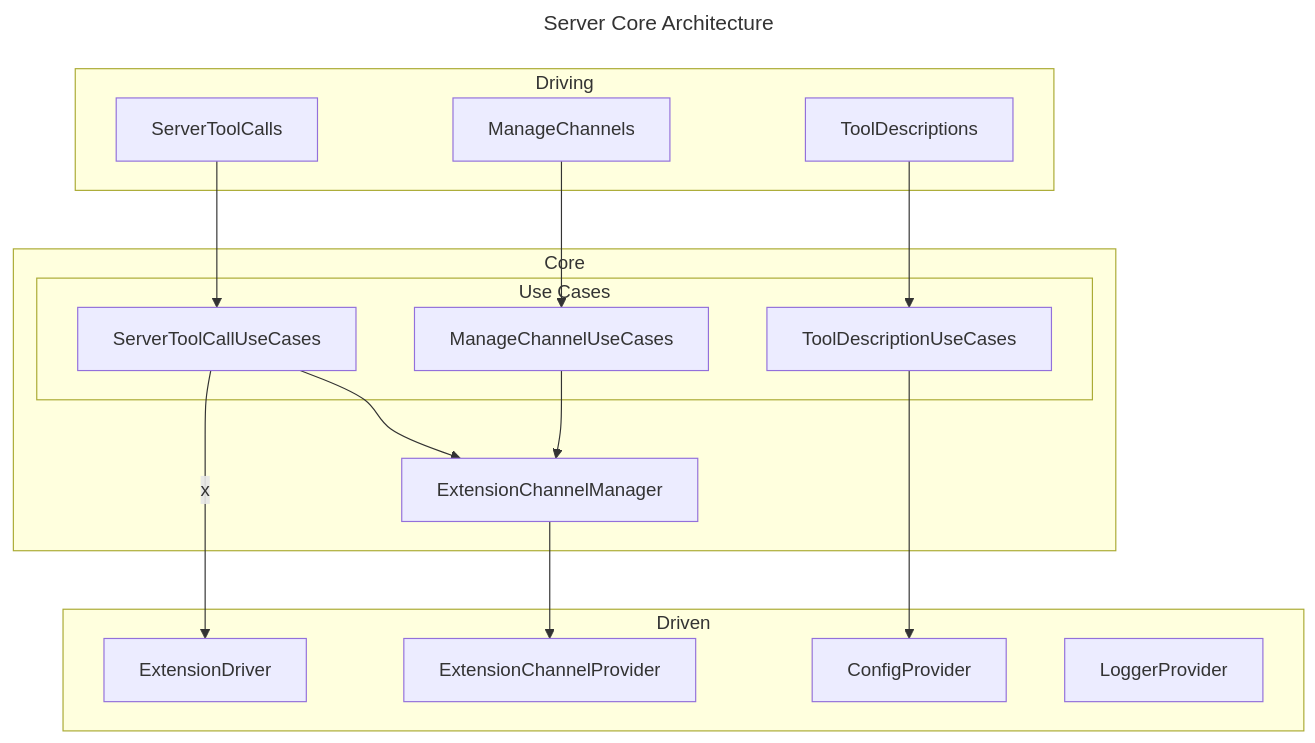
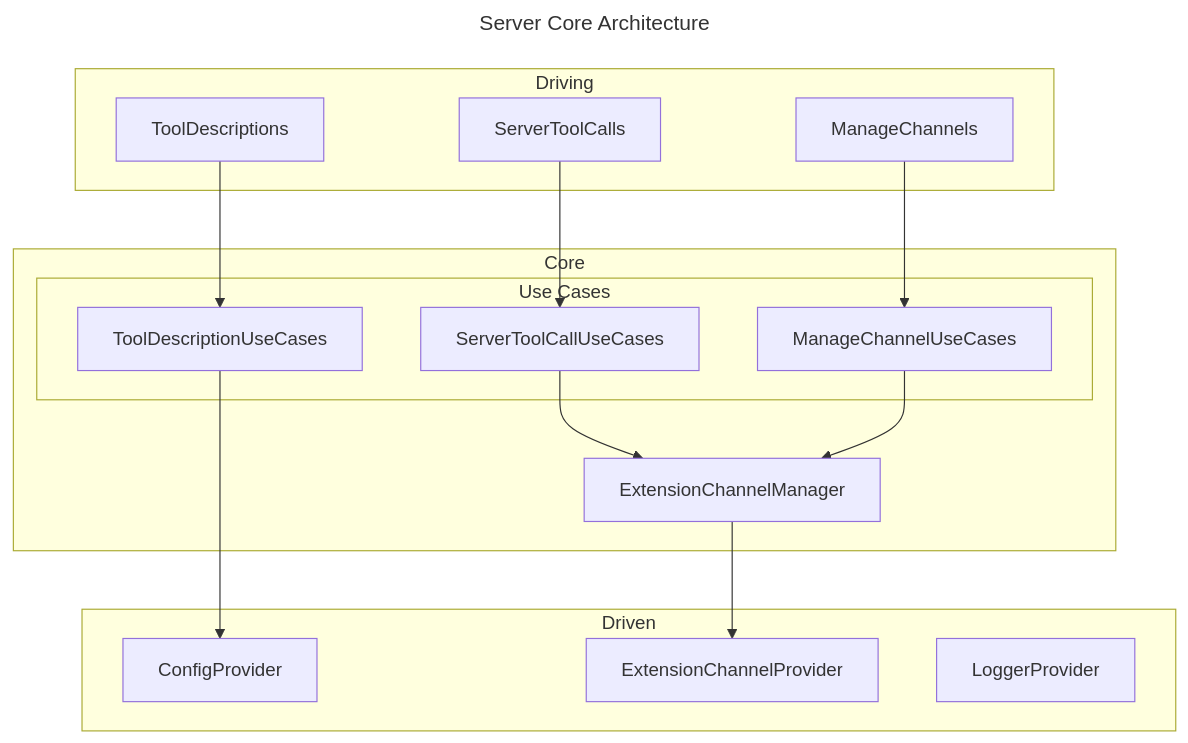
One commit to ndthanhdev/mcp-browser-kit changed the second of 5 diagrams in docs/architecture.md. Above: the diagram before and after it, drawn with Mermaid. The commit also changed 8 other files, not shown here.

````diff
--- a/docs/architecture.md
+++ b/docs/architecture.md
@@ -34,39 +34,37 @@
 ```mermaid
 ---
 title: Server Core Architecture
 ---
 flowchart TD
   subgraph ServerDriving["Driving"]
     ServerToolCalls
     ManageChannels
     ToolDescriptions
   end
 
   subgraph ServerCore["Core"]
     subgraph UseCases["Use Cases"]
       ServerToolCallUseCases
       ManageChannelUseCases
       ToolDescriptionUseCases
     end
     ExtensionChannelManager
   end
 
   subgraph ServerDriven["Driven"]
-    ExtensionDriver
     ConfigProvider["ConfigProvider"]
     ExtensionChannelProvider
     LoggerProvider["LoggerProvider"]
   end
 
   %% From Driving
   ServerToolCalls --> ServerToolCallUseCases
   ToolDescriptions --> ToolDescriptionUseCases
   ManageChannels --> ManageChannelUseCases
   %% From Core
-  ServerToolCallUseCases --"x"--> ExtensionDriver
   ServerToolCallUseCases--> ExtensionChannelManager
   ManageChannelUseCases --> ExtensionChannelManager
   ExtensionChannelManager --> ExtensionChannelProvider
   ToolDescriptionUseCases --> ConfigProvider
 
 ```
````
